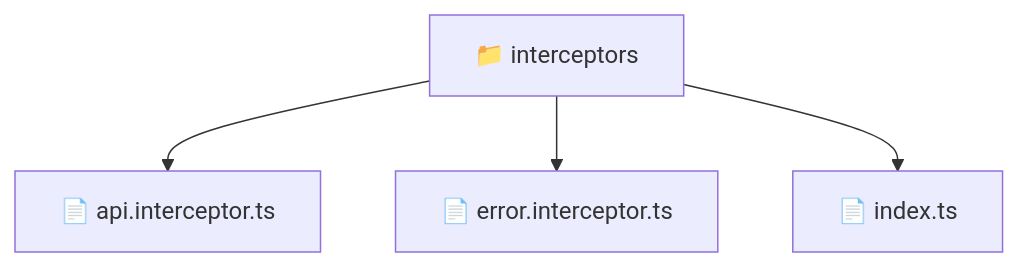
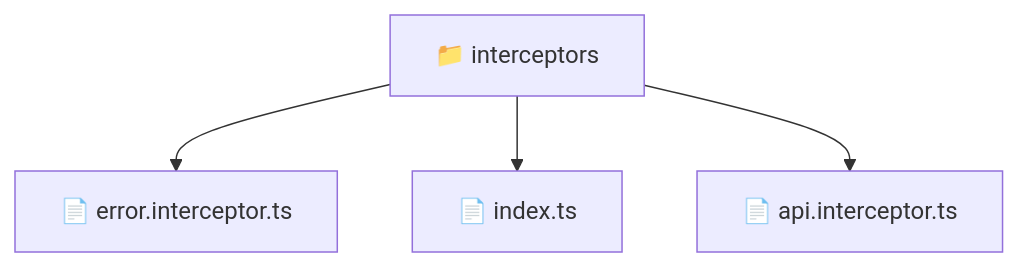
Before and after one commit to beginwebdev2002/fullstack-mavluda: the diagram in frontend/src/core/interceptors/README.md, drawn with Mermaid. The commit also changed other lines of this file and 164 other files, not shown here.

First line of the commit message:
docs: generate robust autonomous architectural documentation

````diff
--- a/frontend/src/core/interceptors/README.md
+++ b/frontend/src/core/interceptors/README.md
@@ -9,7 +11,7 @@
 ```mermaid
 graph TD
-  Root["📁 interceptors"]
-  Root --> api_interceptor_ts["📄 api.interceptor.ts"]
-  Root --> error_interceptor_ts["📄 error.interceptor.ts"]
-  Root --> index_ts["📄 index.ts"]
+    f_interceptors["📁 interceptors"]
+    f_interceptors --> f_error_interceptor_ts["📄 error.interceptor.ts"]
+    f_interceptors --> f_index_ts["📄 index.ts"]
+    f_interceptors --> f_api_interceptor_ts["📄 api.interceptor.ts"]
 ```
````
